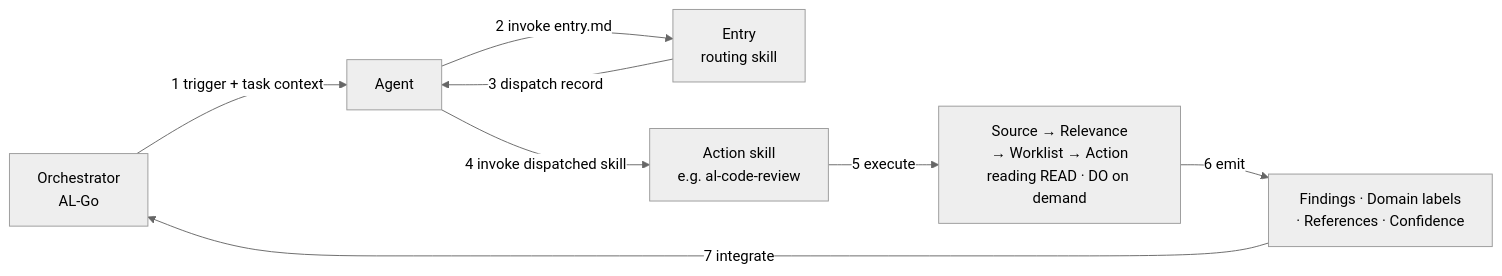
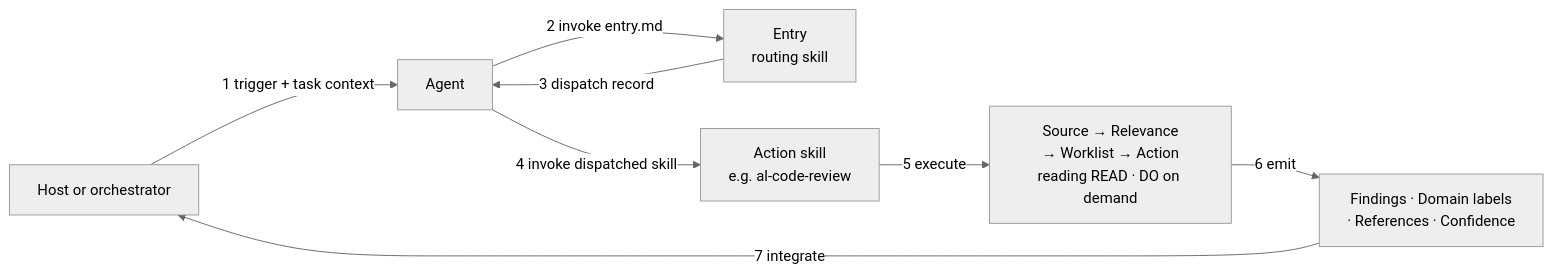
The diagram in docs/agent-consumption.md (microsoft/BCQuality), drawn with Mermaid (neutral theme) before and after one commit. The commit also changed other lines of this file and 4 other files, not shown here.

````diff
--- a/docs/agent-consumption.md
+++ b/docs/agent-consumption.md
@@ -22,10 +25,10 @@
 ```mermaid
 flowchart LR
-    O[Orchestrator<br/>AL-Go] -->|1 trigger + task context| A[Agent]
+    O[Host or orchestrator] -->|1 trigger + task context| A[Agent]
     A -->|2 invoke entry.md| E[Entry<br/>routing skill]
     E -->|3 dispatch record| A
     A -->|4 invoke dispatched skill| S[Action skill<br/>e.g. al-code-review]
     S -->|5 execute| P[Source → Relevance<br/>→ Worklist → Action<br/>reading READ · DO on demand]
     P -->|6 emit| R[Findings · Domain labels<br/>· References · Confidence]
     R -->|7 integrate| O
 ```
````
